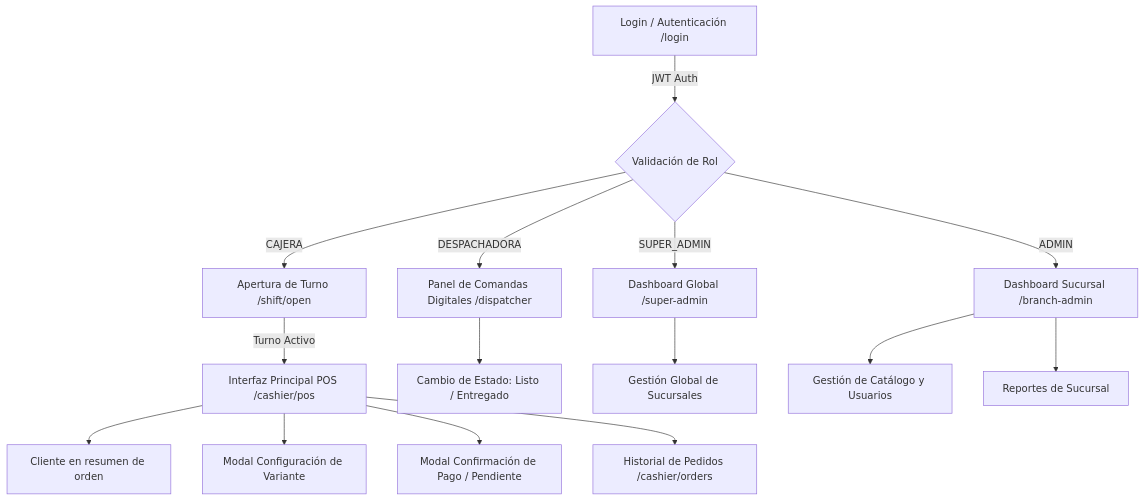
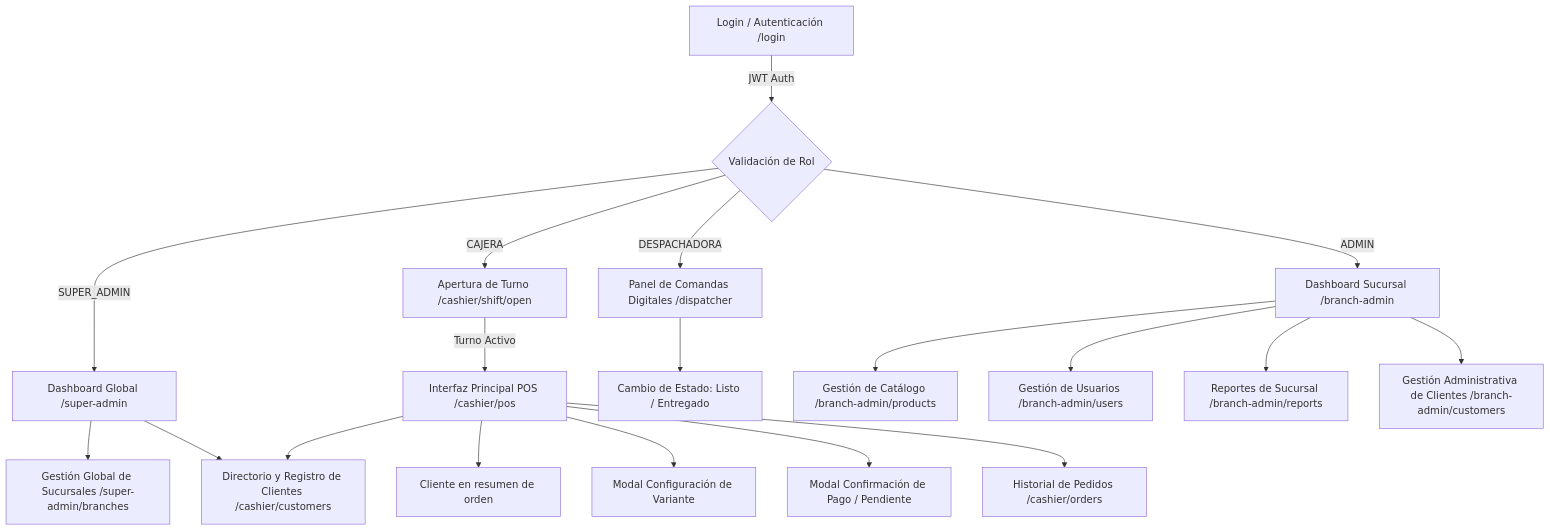
Before and after one commit to Santillan-Reyna-Ariel-Angel/wonderchicken-docs: the diagram in frontend/frontend_interfaces_sprint1.md, drawn with Mermaid. The commit also changed other lines of this file and 1 other file, not shown here.

````diff
--- a/frontend/frontend_interfaces_sprint1.md
+++ b/frontend/frontend_interfaces_sprint1.md
@@ -28,19 +28,23 @@
 ```mermaid
 graph TD
     A[Login / Autenticación /login] -->|JWT Auth| B{Validación de Rol}
     B -->|SUPER_ADMIN| C[Dashboard Global /super-admin]
     B -->|ADMIN| D[Dashboard Sucursal /branch-admin]
-    B -->|CAJERA| E[Apertura de Turno /shift/open]
+    B -->|CAJERA| E[Apertura de Turno /cashier/shift/open]
     E -->|Turno Activo| F[Interfaz Principal POS /cashier/pos]
     F --> G[Cliente en resumen de orden]
     F --> H[Modal Configuración de Variante]
     F --> I[Modal Confirmación de Pago / Pendiente]
     F --> J[Historial de Pedidos /cashier/orders]
     
     B -->|DESPACHADORA| K[Panel de Comandas Digitales /dispatcher]
     K --> L[Cambio de Estado: Listo / Entregado]
     
-    C --> M[Gestión Global de Sucursales]
-    D --> N[Gestión de Catálogo y Usuarios]
-    D --> O[Reportes de Sucursal]
+    C --> M[Gestión Global de Sucursales /super-admin/branches]
+    C --> P[Directorio y Registro de Clientes /cashier/customers]
+    D --> N1[Gestión de Catálogo /branch-admin/products]
+    D --> N2[Gestión de Usuarios /branch-admin/users]
+    D --> O[Reportes de Sucursal /branch-admin/reports]
+    D --> Q[Gestión Administrativa de Clientes /branch-admin/customers]
+    F --> P
 ```
````
